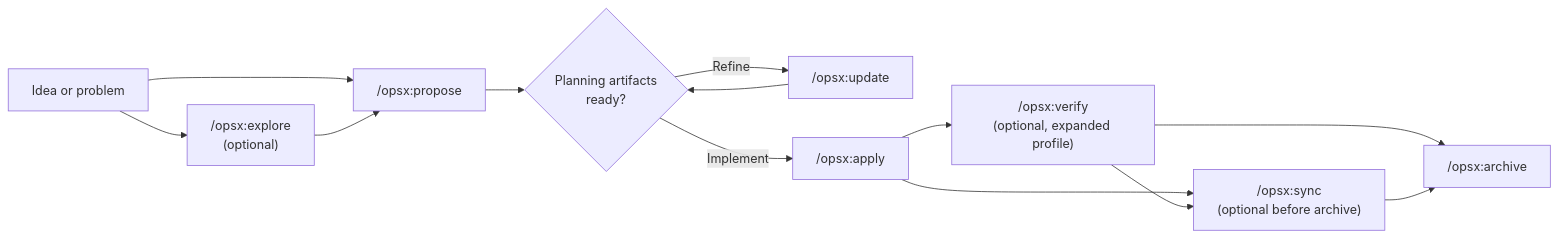
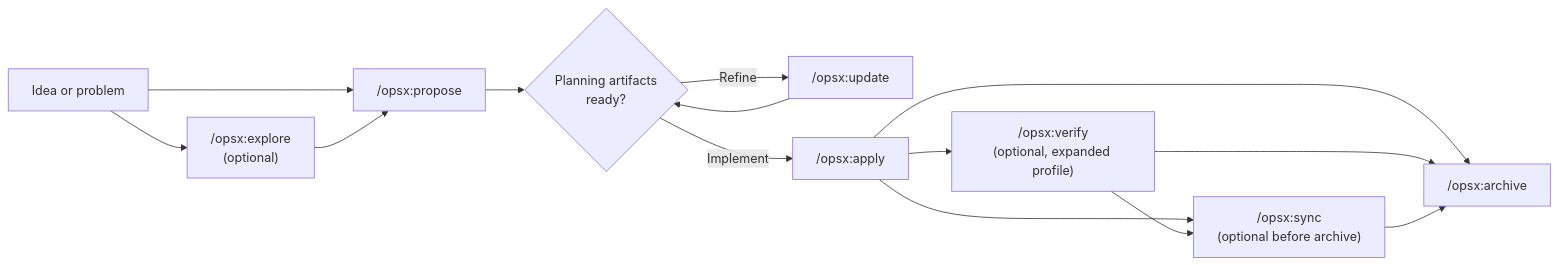
The first of 2 diagrams in docs/workflows.md (Fission-AI/OpenSpec), drawn with Mermaid before and after one commit. The commit also changed other lines of this file, not shown here.

Commit message:
docs(workflows): clarify optional archive paths

````diff
--- a/docs/workflows.md
+++ b/docs/workflows.md
@@ -36,15 +36,16 @@
 ```mermaid
 flowchart LR
     Idea["Idea or problem"] --> Explore["/opsx:explore<br/>(optional)"]
     Idea --> Propose["/opsx:propose"]
     Explore --> Propose
     Propose --> Review{"Planning artifacts<br/>ready?"}
     Review -->|"Refine"| Update["/opsx:update"]
     Update --> Review
     Review -->|"Implement"| Apply["/opsx:apply"]
+    Apply --> Archive["/opsx:archive"]
     Apply --> Verify["/opsx:verify<br/>(optional, expanded profile)"]
     Apply --> Sync["/opsx:sync<br/>(optional before archive)"]
     Verify --> Sync
-    Verify --> Archive["/opsx:archive"]
+    Verify --> Archive
     Sync --> Archive
 ```
````
